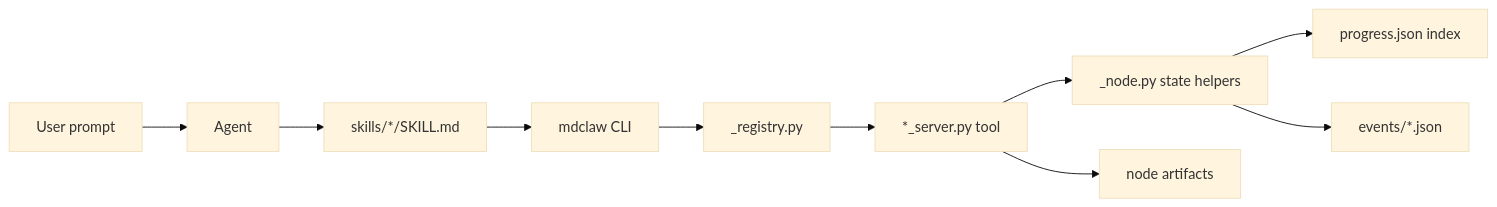
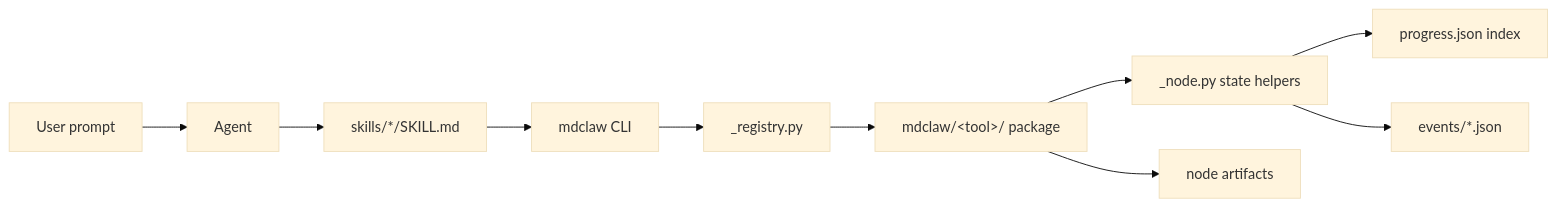
The first of 4 diagrams in docs/developer/architecture.md (matsunagalab/mdclaw), drawn with Mermaid (base theme) before and after one commit. The commit also changed other lines of this file and 122 other files, not shown here.

First line of the commit message:
Unify tool servers into canonical mdclaw/<tool>/ packages

````diff
--- a/docs/developer/architecture.md
+++ b/docs/developer/architecture.md
@@ -32,12 +32,12 @@
 ```mermaid
 flowchart LR
   user[User prompt] --> agent[Agent]
   agent --> skill[skills/*/SKILL.md]
   skill --> cli[mdclaw CLI]
   cli --> registry[_registry.py]
-  registry --> tool[*_server.py tool]
+  registry --> tool[mdclaw/&lt;tool&gt;/ package]
   tool --> node[_node.py state helpers]
   tool --> artifacts[node artifacts]
   node --> progress[progress.json index]
   node --> events[events/*.json]
 ```
````
